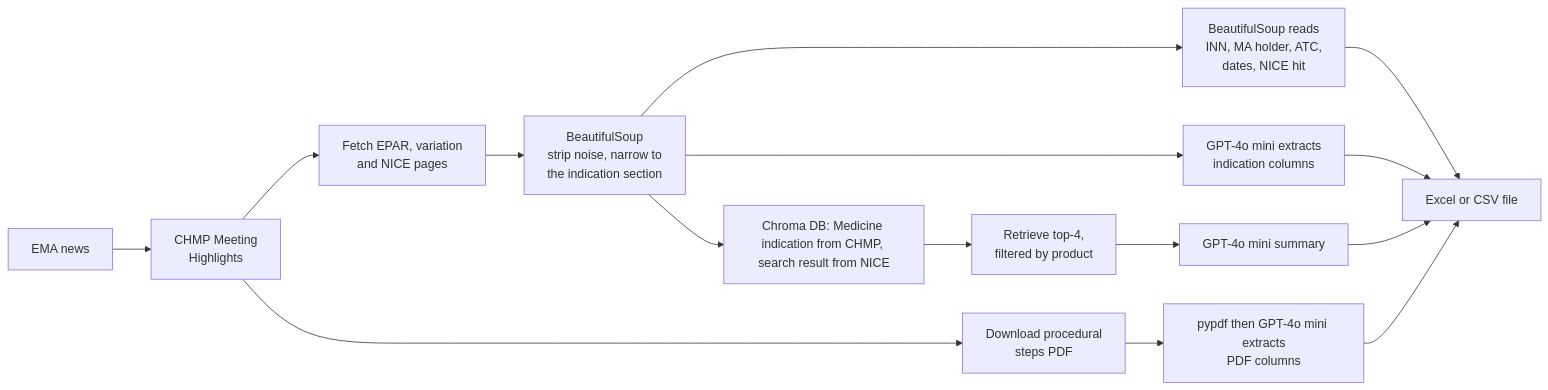
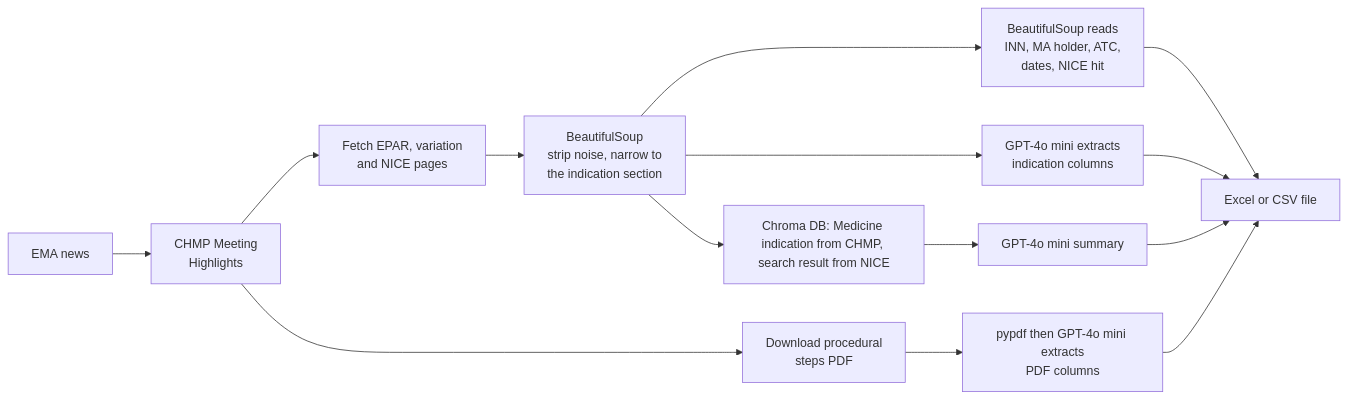
The diagram in README.md (yumi-h-1/Automated-EMA-NICE-Data-Scraping), drawn with Mermaid before and after one commit.

Commit message:
Update retrieval process to summarize instead of retrieve

````diff
--- a/README.md
+++ b/README.md
@@ -30,21 +30,20 @@
 ```mermaid
 flowchart LR
     N["EMA news"] --> MH["CHMP Meeting\nHighlights"]
     MH --> FET["Fetch EPAR, variation\nand NICE pages"]
     MH --> PDF["Download procedural\nsteps PDF"]
 
     FET --> TRIM["BeautifulSoup\nstrip noise, narrow to\nthe indication section"]
 
     TRIM --> BS["BeautifulSoup reads\nINN, MA holder, ATC,\ndates, NICE hit"]
     TRIM --> EXT["GPT-4o mini extracts\nindication columns"]
     TRIM --> IDX["Chroma DB: Medicine indication from CHMP, \nsearch result from NICE"]
     PDF --> PEX["pypdf then GPT-4o mini extracts\nPDF columns"]
 
-    IDX --> RET["Retrieve top-4,\nfiltered by product"]
-    RET --> SUM["GPT-4o mini summary"]
+    IDX --> SUM["GPT-4o mini summary"]
 
     BS --> OUT["Excel or CSV file"]
     EXT --> OUT
     PEX --> OUT
     SUM --> OUT
 ```
````
